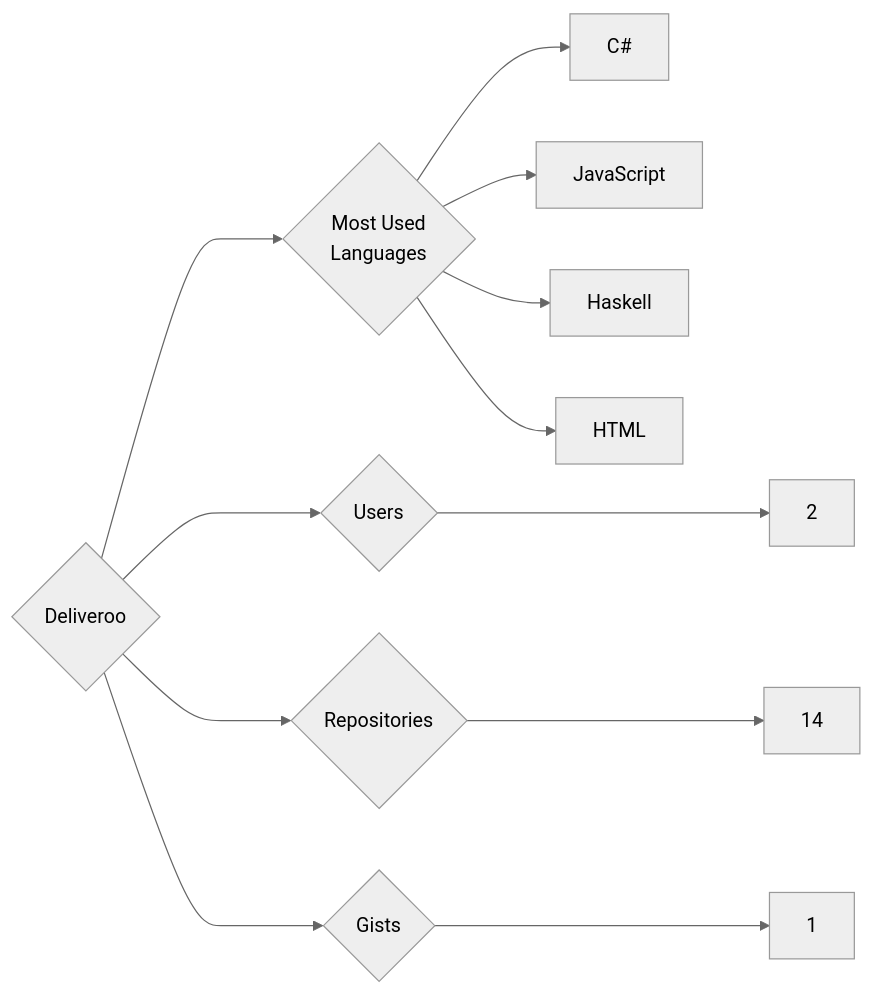
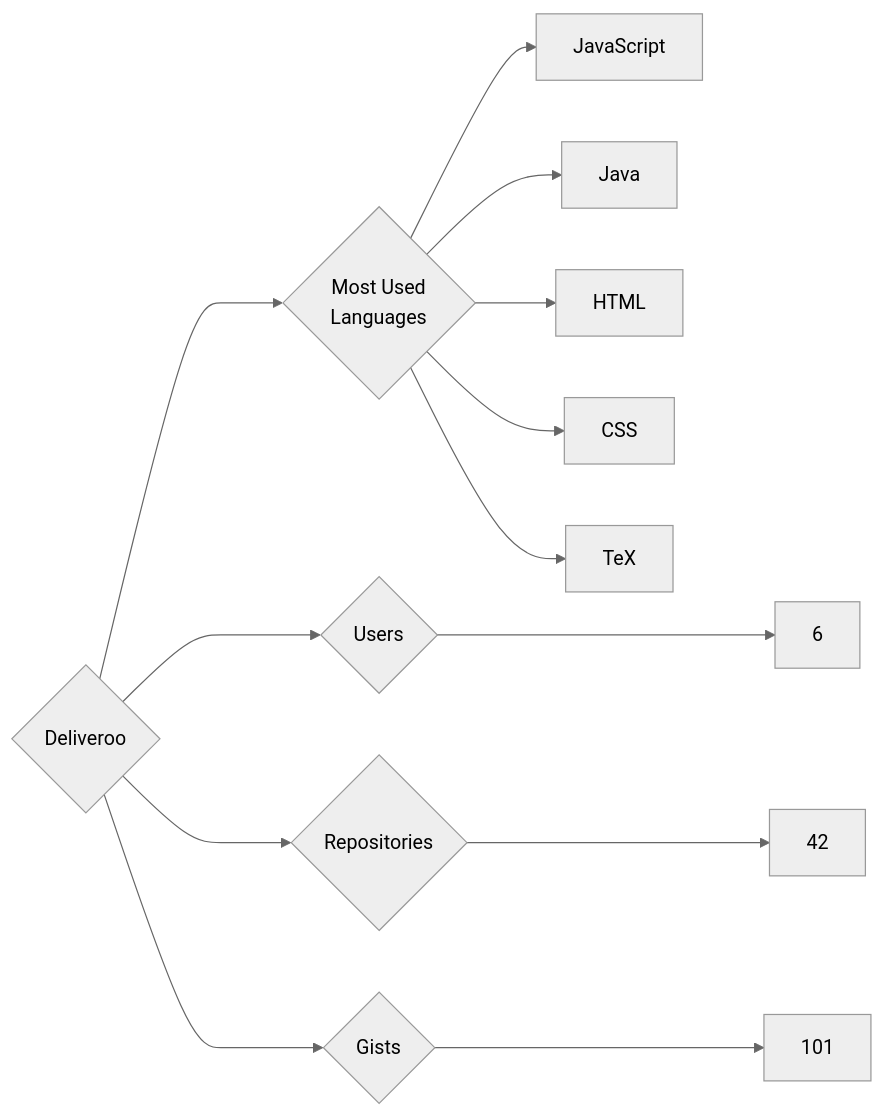
The diagram in targets/Deliveroo/README.md (trickest/insiders), drawn with Mermaid (neutral theme) before and after one commit. The commit also changed 1036 other files, not shown here.

````diff
--- a/targets/Deliveroo/README.md
+++ b/targets/Deliveroo/README.md
@@ -3,12 +3,13 @@
 ```mermaid
 graph LR
 COMPANY_NAME{Deliveroo}
-COMPANY_NAME ---> U{Users} ---> UN[2]
-COMPANY_NAME ---> R{Repositories} ---> RN[14]
-COMPANY_NAME ---> G{Gists} ---> GN[1]
+COMPANY_NAME ---> U{Users} ---> UN[6]
+COMPANY_NAME ---> R{Repositories} ---> RN[42]
+COMPANY_NAME ---> G{Gists} ---> GN[101]
 COMPANY_NAME ---> ML{Most Used<br>Languages}
-ML --> C#[C#]
 ML --> JavaScript[JavaScript]
-ML --> Haskell[Haskell]
+ML --> Java[Java]
 ML --> HTML[HTML]
+ML --> CSS[CSS]
+ML --> TeX[TeX]
 ```
````
